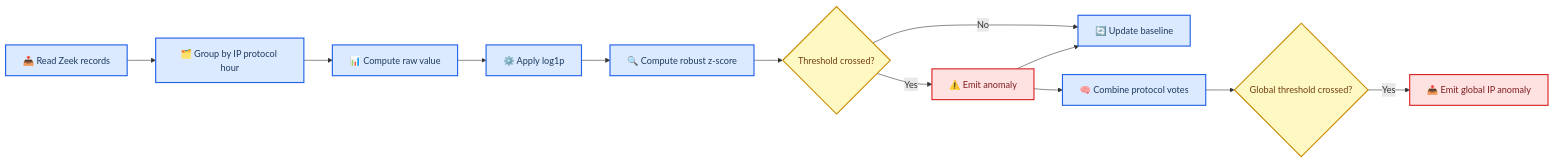
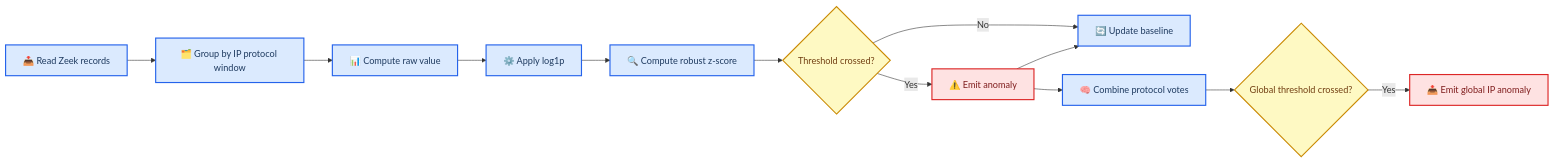
The diagram in COMPUTATION_REFERENCE.md (stratosphereips/AnomalyDetectionProfiles), drawn with Mermaid before and after one commit. The commit also changed other lines of this file, not shown here.

Commit message:
Update computation reference to clarify window-based processing and training hours

````diff
--- a/COMPUTATION_REFERENCE.md
+++ b/COMPUTATION_REFERENCE.md
@@ -9,25 +9,25 @@
 ```mermaid
 flowchart LR
     accTitle: Anomaly Score Computation Pipeline
-    accDescr: Zeek records become host-hour feature values, transformed model inputs, robust z-scores, protocol anomalies, and finally global per-IP ensemble anomalies
+    accDescr: Zeek records become host-window feature values, transformed model inputs, robust z-scores, protocol anomalies, and finally global per-IP ensemble anomalies
 
-    records[📥 Read Zeek records] --> group[🗂️ Group by IP protocol hour]
+    records[📥 Read Zeek records] --> group[🗂️ Group by IP protocol window]
     group --> value[📊 Compute raw value]
     value --> transform[⚙️ Apply log1p]
     transform --> score[🔍 Compute robust z-score]
     score --> decision{Threshold crossed?}
     decision -->|No| adapt[🔄 Update baseline]
     decision -->|Yes| anomaly[⚠️ Emit anomaly]
     anomaly --> adapt
     anomaly --> ensemble[🧠 Combine protocol votes]
     ensemble --> global_check{Global threshold crossed?}
     global_check -->|Yes| output[📤 Emit global IP anomaly]
 
     classDef process fill:#dbeafe,stroke:#2563eb,stroke-width:2px,color:#1e3a5f
     classDef decision fill:#fef9c3,stroke:#ca8a04,stroke-width:2px,color:#713f12
     classDef warning fill:#fee2e2,stroke:#dc2626,stroke-width:2px,color:#7f1d1d
 
     class records,group,value,transform,score,adapt,ensemble process
     class decision,global_check decision
     class anomaly,output warning
 ```
````
